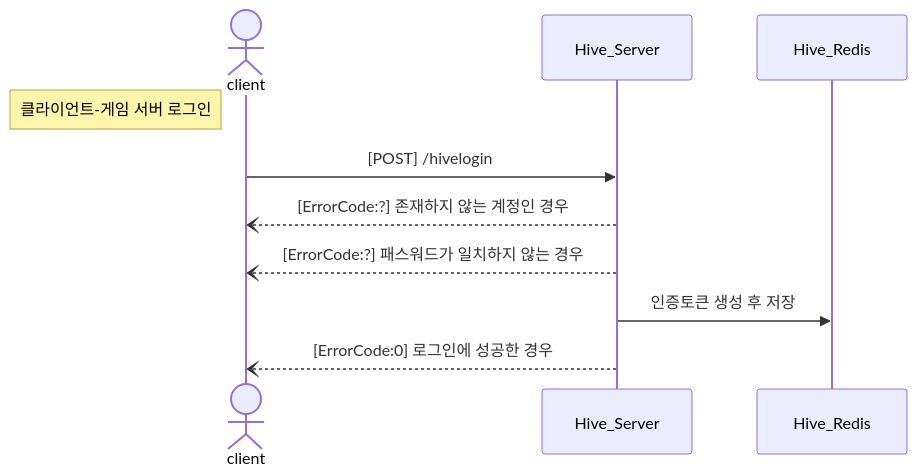
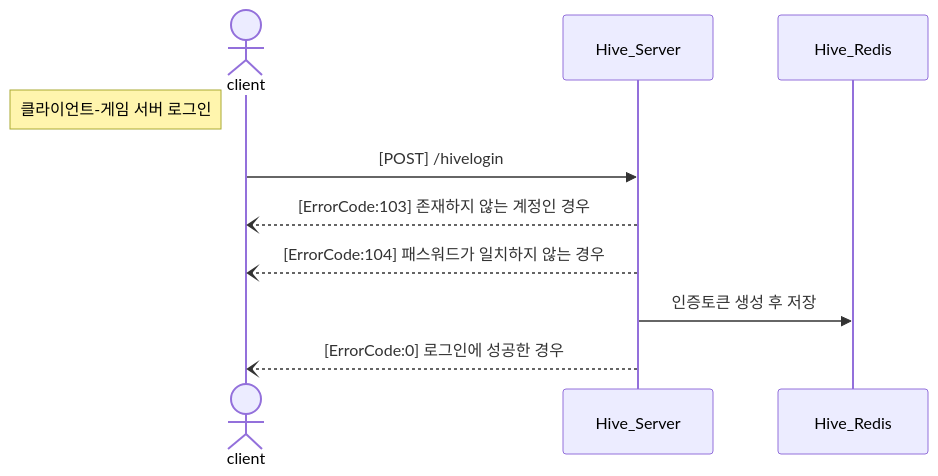
Before and after one commit to KongJJoki/OmokProj: the second of 4 diagrams in README.md, drawn with Mermaid. The commit also changed other lines of this file, not shown here.

````diff
--- a/README.md
+++ b/README.md
@@ -112,14 +113,14 @@
 ```mermaid
 sequenceDiagram
     actor A as client
     participant B as Hive_Server
     participant C as Hive_Redis
 
     %% 클라이언트-Hive 서버 로그인
     note left of A: 클라이언트-게임 서버 로그인
     A->>B: [POST] /hivelogin
-    B--)A: [ErrorCode:?] 존재하지 않는 계정인 경우
-    B--)A: [ErrorCode:?] 패스워드가 일치하지 않는 경우
+    B--)A: [ErrorCode:103] 존재하지 않는 계정인 경우
+    B--)A: [ErrorCode:104] 패스워드가 일치하지 않는 경우
     B->>C: 인증토큰 생성 후 저장
     B--)A: [ErrorCode:0] 로그인에 성공한 경우
 ```
````
